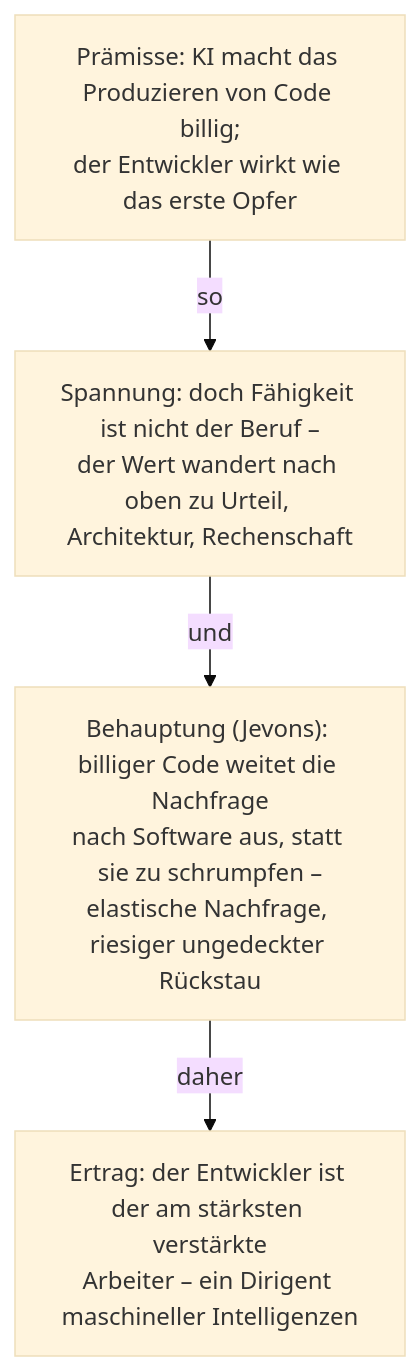
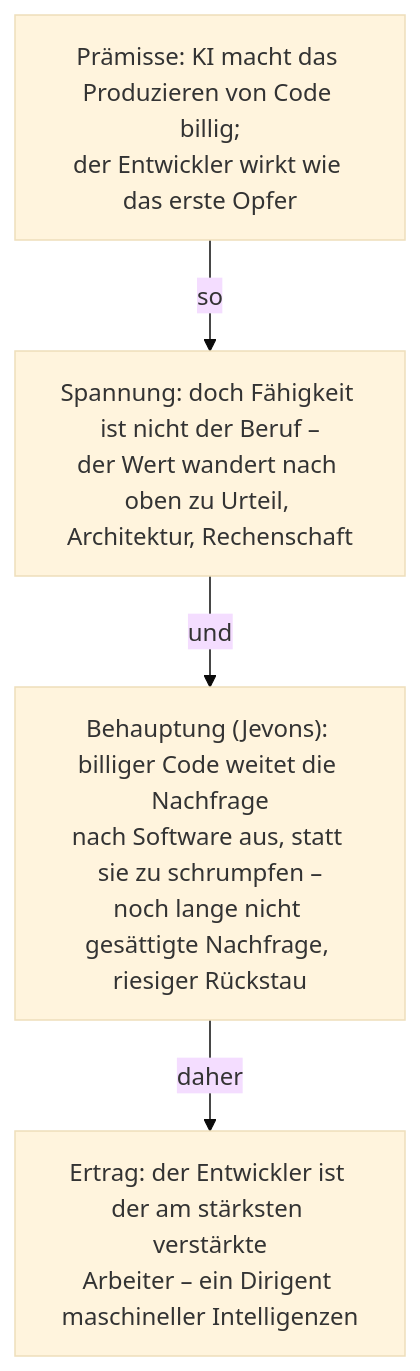
The eighth of 8 diagrams in essay-outline.de.md (ccabos/live-with-AI), drawn with Mermaid (base theme) before and after one commit. The commit also changed 3 other files, not shown here.

````diff
--- a/essay-outline.de.md
+++ b/essay-outline.de.md
@@ -590,10 +590,10 @@
 ```mermaid
 flowchart TD
     J1["Prämisse: KI macht das Produzieren von Code billig;<br/>der Entwickler wirkt wie das erste Opfer"]
     J2["Spannung: doch Fähigkeit ist nicht der Beruf –<br/>der Wert wandert nach oben zu Urteil, Architektur, Rechenschaft"]
-    J3["Behauptung (Jevons): billiger Code weitet die Nachfrage<br/>nach Software aus, statt sie zu schrumpfen –<br/>elastische Nachfrage, riesiger ungedeckter Rückstau"]
+    J3["Behauptung (Jevons): billiger Code weitet die Nachfrage<br/>nach Software aus, statt sie zu schrumpfen –<br/>noch lange nicht gesättigte Nachfrage, riesiger Rückstau"]
     J4["Ertrag: der Entwickler ist der am stärksten verstärkte<br/>Arbeiter – ein Dirigent maschineller Intelligenzen"]
     J1 -->|"so"| J2
     J2 -->|"und"| J3
     J3 -->|"daher"| J4
 ```
````
